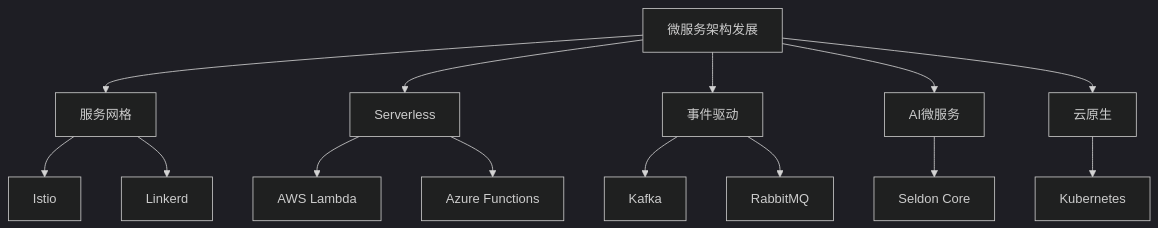
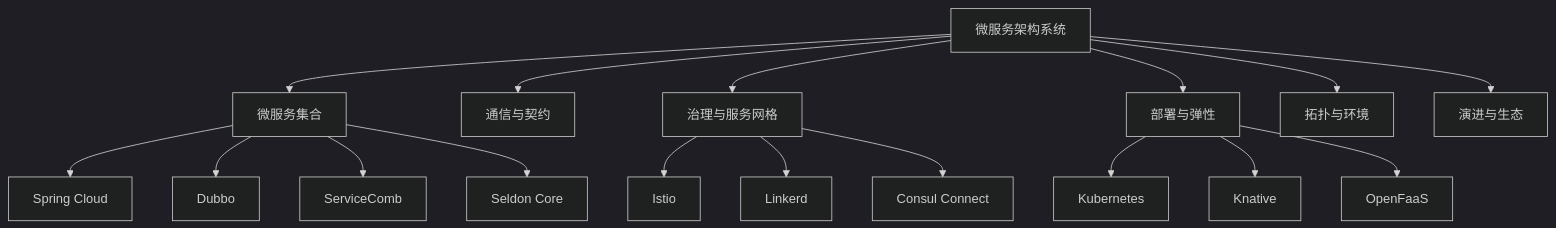
Before and after one commit to AdaMartin18010/SystemOSIOT: the diagram in 7.容器与微服务/7.1 知识梳理/7.1.6.2 微服务架构发展趋势.md, drawn with Mermaid (dark theme). The commit also changed other lines of this file and 4 other files, not shown here.

````diff
--- a/7.容器与微服务/7.1 知识梳理/7.1.6.2 微服务架构发展趋势.md
+++ b/7.容器与微服务/7.1 知识梳理/7.1.6.2 微服务架构发展趋势.md
@@ -94,16 +41,19 @@
 ```mermaid
-graph TD
-    A[微服务架构发展] --> B[服务网格]
-    A --> C[Serverless]
-    A --> D[事件驱动]
-    A --> E[AI微服务]
-    A --> F[云原生]
-    B --> G[Istio]
-    B --> H[Linkerd]
-    C --> I[AWS Lambda]
-    C --> J[Azure Functions]
-    D --> K[Kafka]
-    D --> L[RabbitMQ]
-    E --> M[Seldon Core]
-    F --> N[Kubernetes]
+graph TD;
+  MicroserviceArch[微服务架构系统] --> S[微服务集合];
+  MicroserviceArch --> C[通信与契约];
+  MicroserviceArch --> G[治理与服务网格];
+  MicroserviceArch --> D[部署与弹性];
+  MicroserviceArch --> T[拓扑与环境];
+  MicroserviceArch --> E[演进与生态];
+  S --> SpringCloud[Spring Cloud];
+  S --> Dubbo[Dubbo];
+  S --> ServiceComb[ServiceComb];
+  G --> Istio[Istio];
+  G --> Linkerd[Linkerd];
+  G --> Consul[Consul Connect];
+  D --> K8s[Kubernetes];
+  D --> Knative[Knative];
+  D --> OpenFaaS[OpenFaaS];
+  S --> Seldon[Seldon Core];
 ```
````
